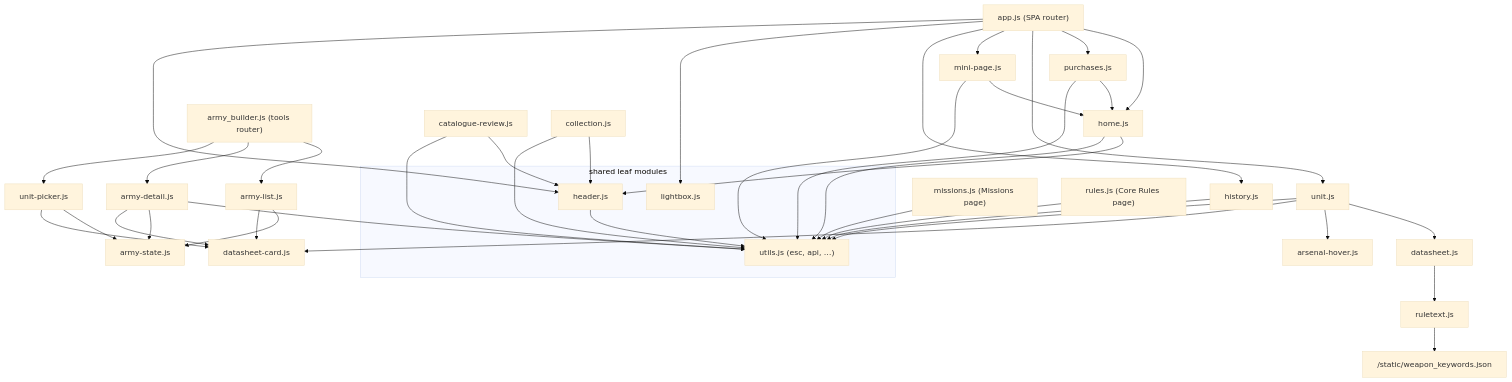
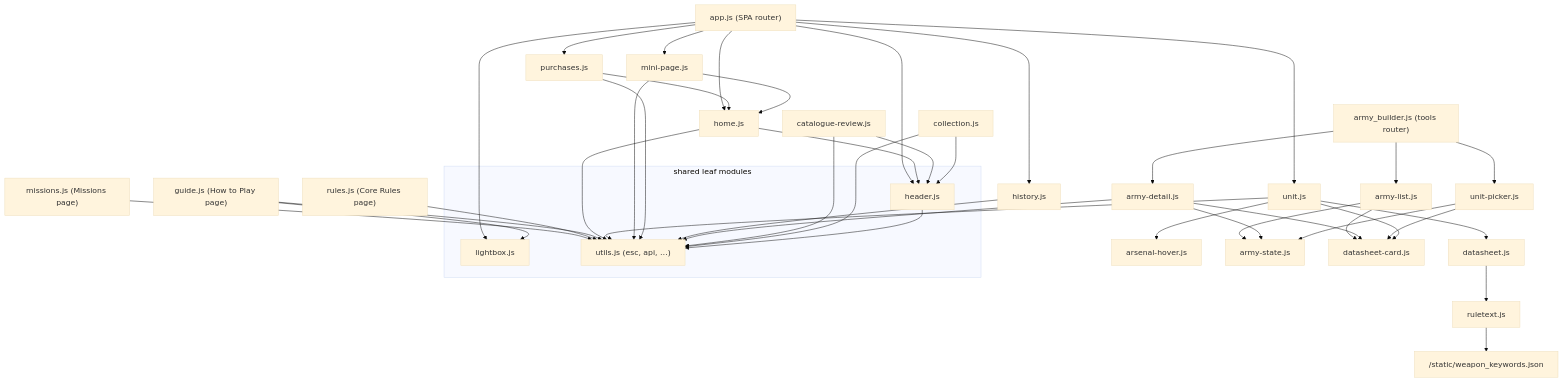
One commit to Unfunded8495/Codex-Armorum changed the fourth of 12 diagrams in CODEX_ARMORUM_APP_MAP.md. Above: the diagram before and after it, drawn with Mermaid (base theme). The commit also changed other lines of this file and 21 other files, not shown here.

````diff
--- a/CODEX_ARMORUM_APP_MAP.md
+++ b/CODEX_ARMORUM_APP_MAP.md
@@ -172,51 +174,53 @@
 ```mermaid
 flowchart TD
     appjs["app.js (SPA router)"] --> home["home.js"]
     appjs --> purchases["purchases.js"]
     appjs --> unit["unit.js"]
     appjs --> minipage["mini-page.js"]
     appjs --> history["history.js"]
     appjs --> lightbox["lightbox.js"]
     appjs --> header["header.js"]
 
     unit --> datasheet["datasheet.js"]
     unit --> arsenalhover["arsenal-hover.js"]
     datasheet --> ruletext["ruletext.js"]
     ruletext --> kw["/static/weapon_keywords.json"]
 
     home --> header
     purchases --> home
     minipage --> home
 
     abjs["army_builder.js (tools router)"] --> armylist["army-list.js"]
     abjs --> armydetail["army-detail.js"]
     abjs --> picker["unit-picker.js"]
     armylist --> astate["army-state.js"]
     armydetail --> astate
     picker --> astate
     armylist --> dscard["datasheet-card.js"]
     armydetail --> dscard
     picker --> dscard
     unit --> dscard
 
     creview["catalogue-review.js"] --> header
     collectionjs["collection.js"] --> header
     missionsjs["missions.js (Missions page)"] --> utils
     rulesjs["rules.js (Core Rules page)"] --> utils
+    guidejs["guide.js (How to Play page)"] --> utils
+    guidejs --> lightbox
 
     subgraph shared["shared leaf modules"]
         utils["utils.js (esc, api, …)"]
         header
         lightbox
     end
 
     home --> utils
     unit --> utils
     minipage --> utils
     purchases --> utils
     history --> utils
     armydetail --> utils
     creview --> utils
     collectionjs --> utils
     header --> utils
 ```
````
